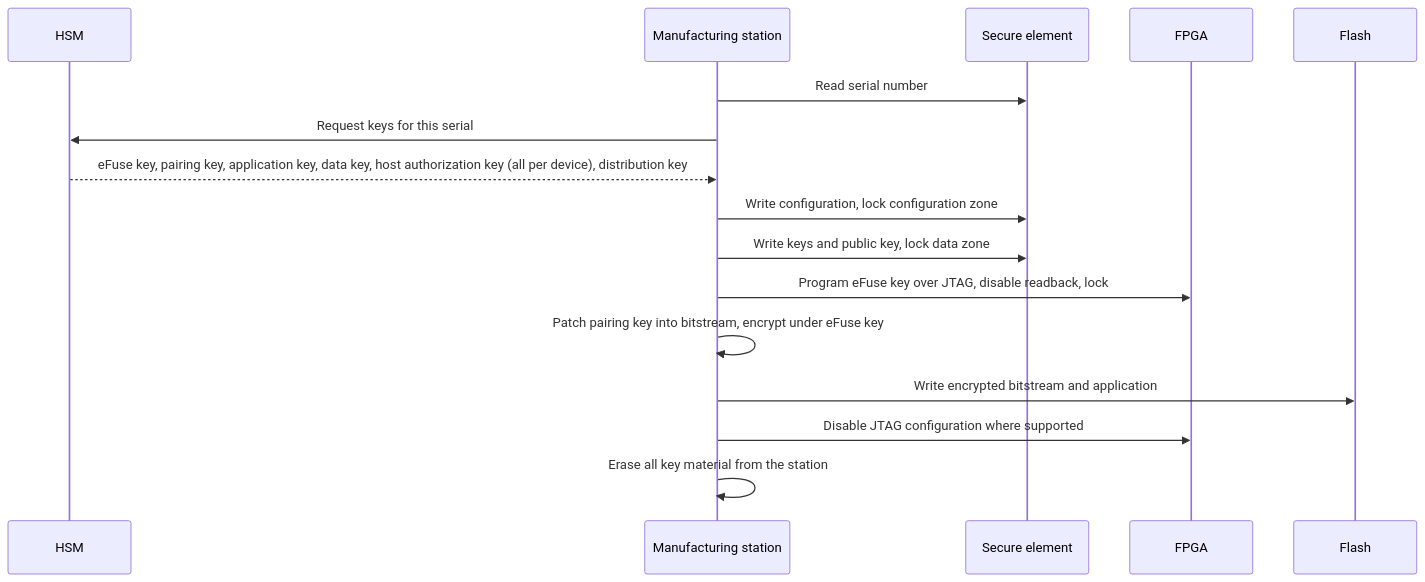
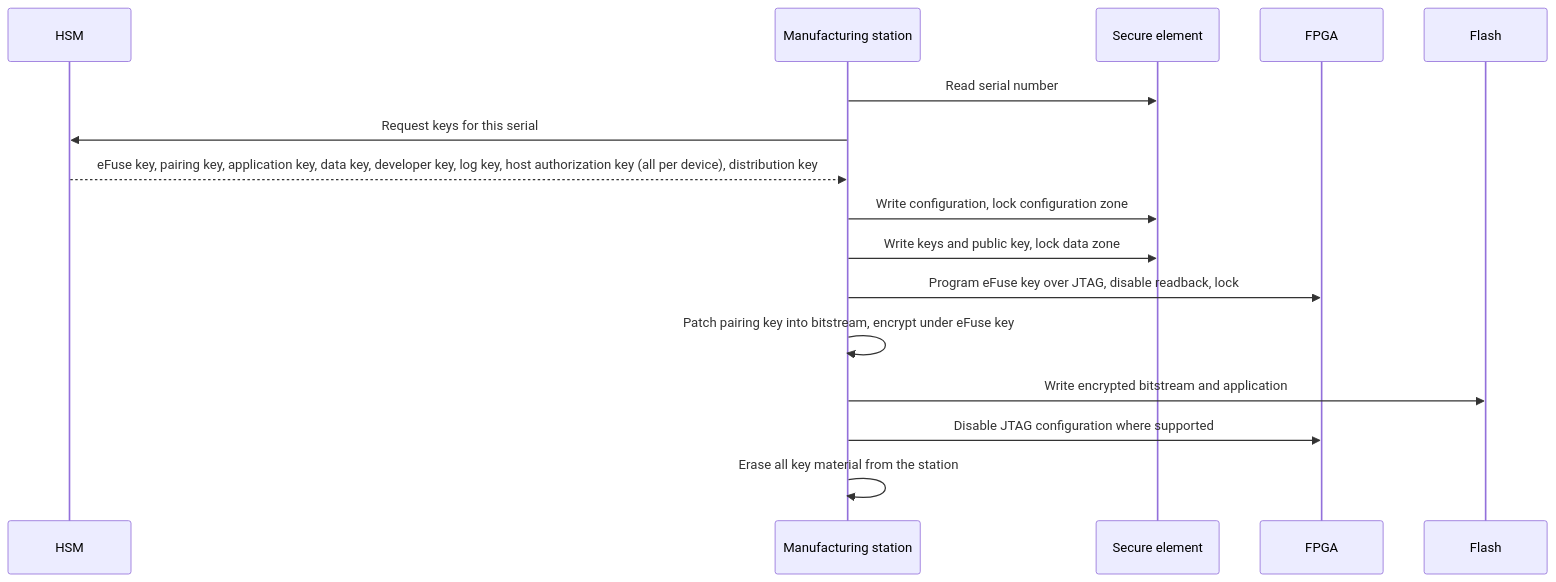
The seventh of 7 diagrams in doc/fda.md (bradleyeckert/thriller), drawn with Mermaid before and after one commit. The commit also changed other lines of this file and 7 other files, not shown here.

First line of the commit message:
Consistency pass: bring all docs in line with XIP, two cores, key paths, ICS55 and roles

````diff
--- a/doc/fda.md
+++ b/doc/fda.md
@@ -292,18 +292,18 @@
 ```mermaid
 sequenceDiagram
   participant HSM
   participant M as Manufacturing station
   participant SE as Secure element
   participant FP as FPGA
   participant F as Flash
   M->>SE: Read serial number
   M->>HSM: Request keys for this serial
-  HSM-->>M: eFuse key, pairing key, application key, data key, host authorization key (all per device), distribution key
+  HSM-->>M: eFuse key, pairing key, application key, data key, developer key, log key, host authorization key (all per device), distribution key
   M->>SE: Write configuration, lock configuration zone
   M->>SE: Write keys and public key, lock data zone
   M->>FP: Program eFuse key over JTAG, disable readback, lock
   M->>M: Patch pairing key into bitstream, encrypt under eFuse key
   M->>F: Write encrypted bitstream and application
   M->>FP: Disable JTAG configuration where supported
   M->>M: Erase all key material from the station
 ```
````
